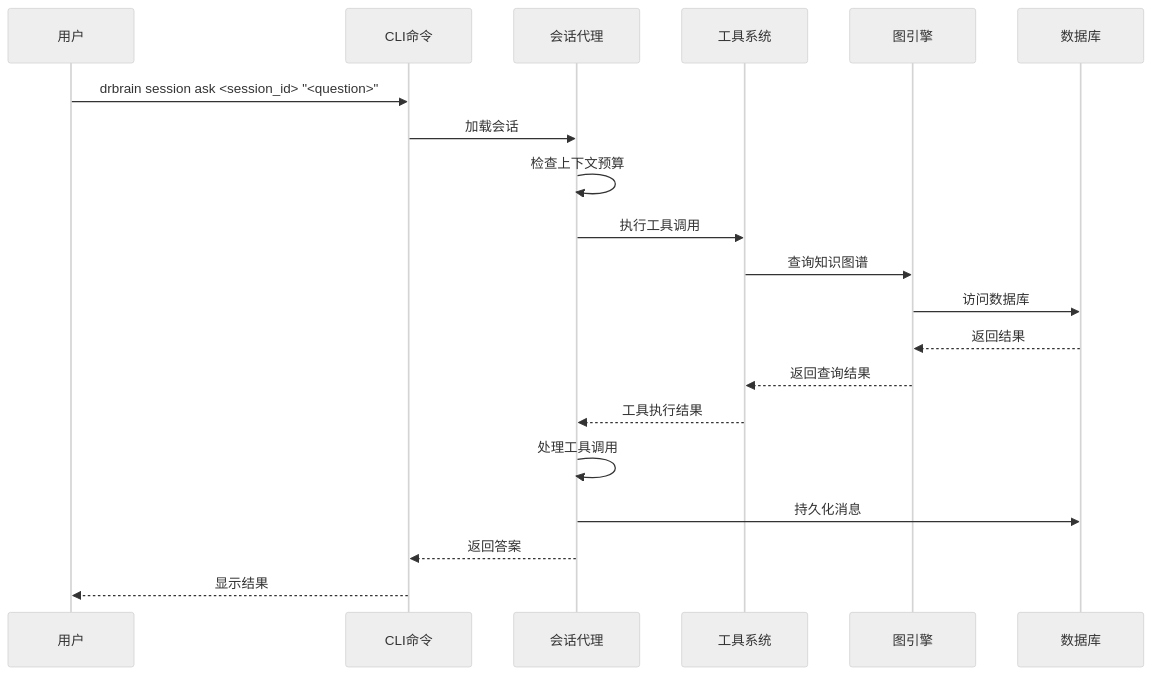
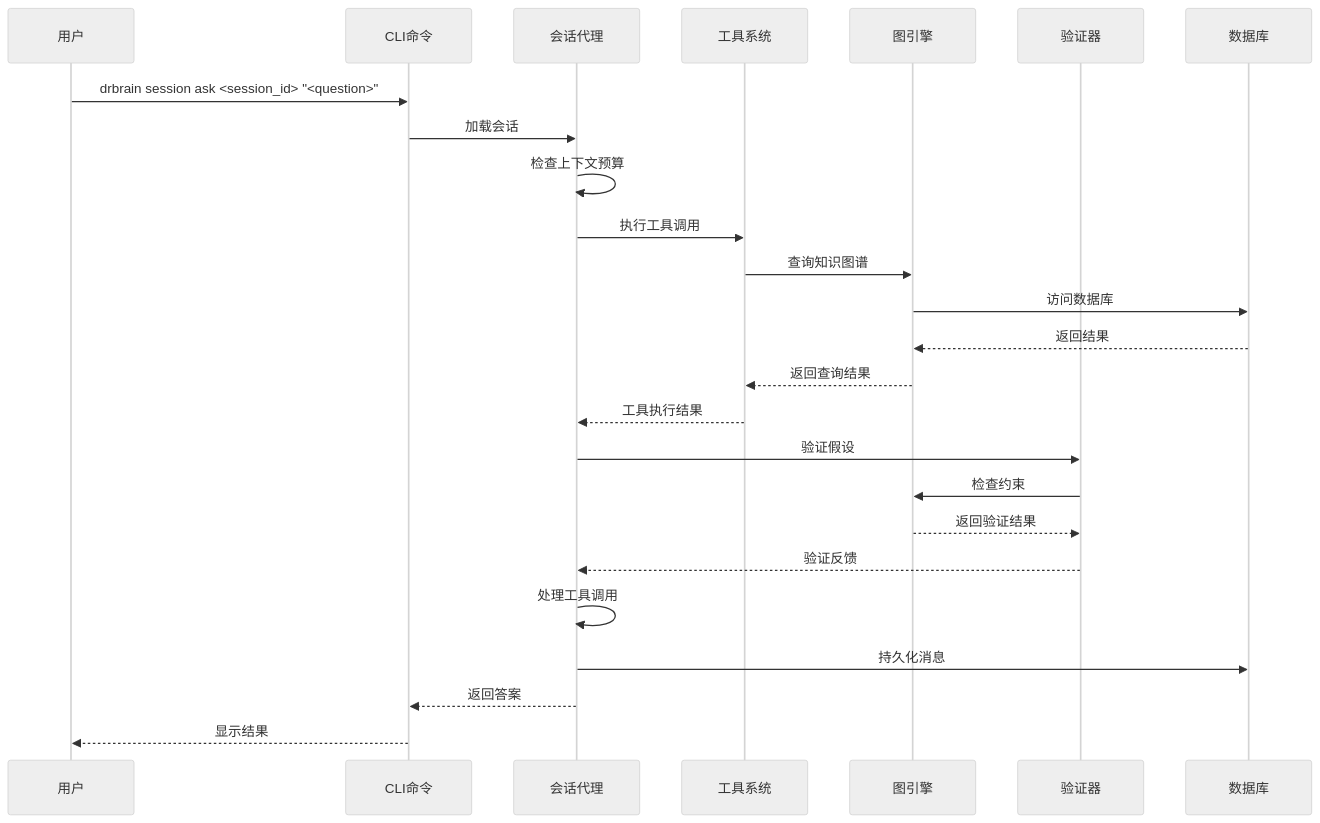
The third of 9 diagrams in .qoder/repowiki/zh/content/核心模块详解/会话代理系统.md (UynajGI/drbrain), drawn with Mermaid (neutral theme) before and after one commit. The commit also changed other lines of this file and 7 other files, not shown here.

````diff
--- a/.qoder/repowiki/zh/content/核心模块详解/会话代理系统.md
+++ b/.qoder/repowiki/zh/content/核心模块详解/会话代理系统.md
@@ -159,22 +180,27 @@
 ```mermaid
 sequenceDiagram
 participant User as 用户
 participant CLI as CLI命令
 participant Agent as 会话代理
 participant Tools as 工具系统
 participant Graph as 图引擎
+participant Validator as 验证器
 participant DB as 数据库
 User->>CLI : drbrain session ask <session_id> "<question>"
 CLI->>Agent : 加载会话
 Agent->>Agent : 检查上下文预算
 Agent->>Tools : 执行工具调用
 Tools->>Graph : 查询知识图谱
 Graph->>DB : 访问数据库
 DB-->>Graph : 返回结果
 Graph-->>Tools : 返回查询结果
 Tools-->>Agent : 工具执行结果
+Agent->>Validator : 验证假设
+Validator->>Graph : 检查约束
+Graph-->>Validator : 返回验证结果
+Validator-->>Agent : 验证反馈
 Agent->>Agent : 处理工具调用
 Agent->>DB : 持久化消息
 Agent-->>CLI : 返回答案
 CLI-->>User : 显示结果
 ```
````
